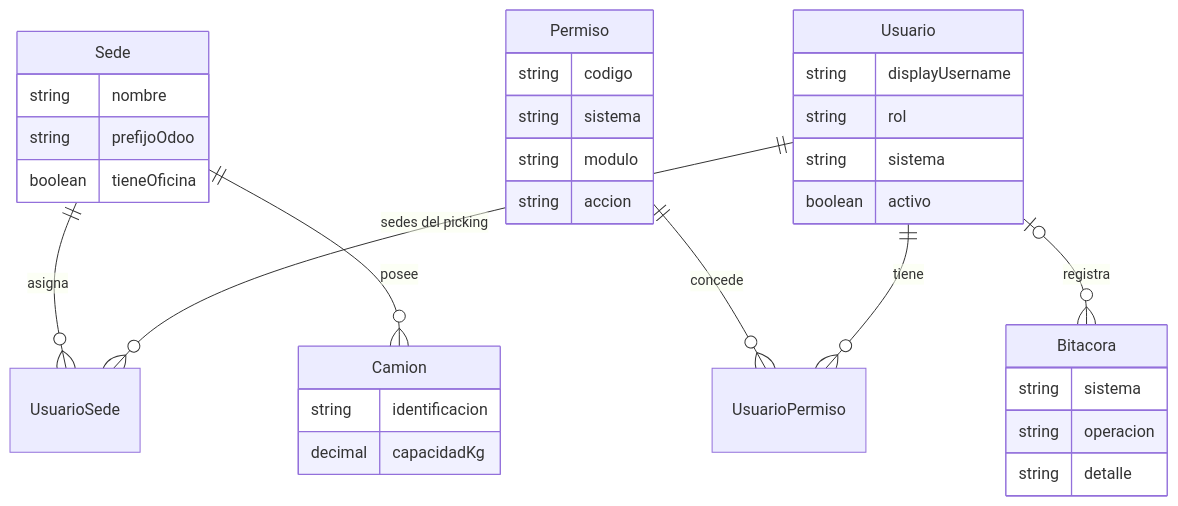
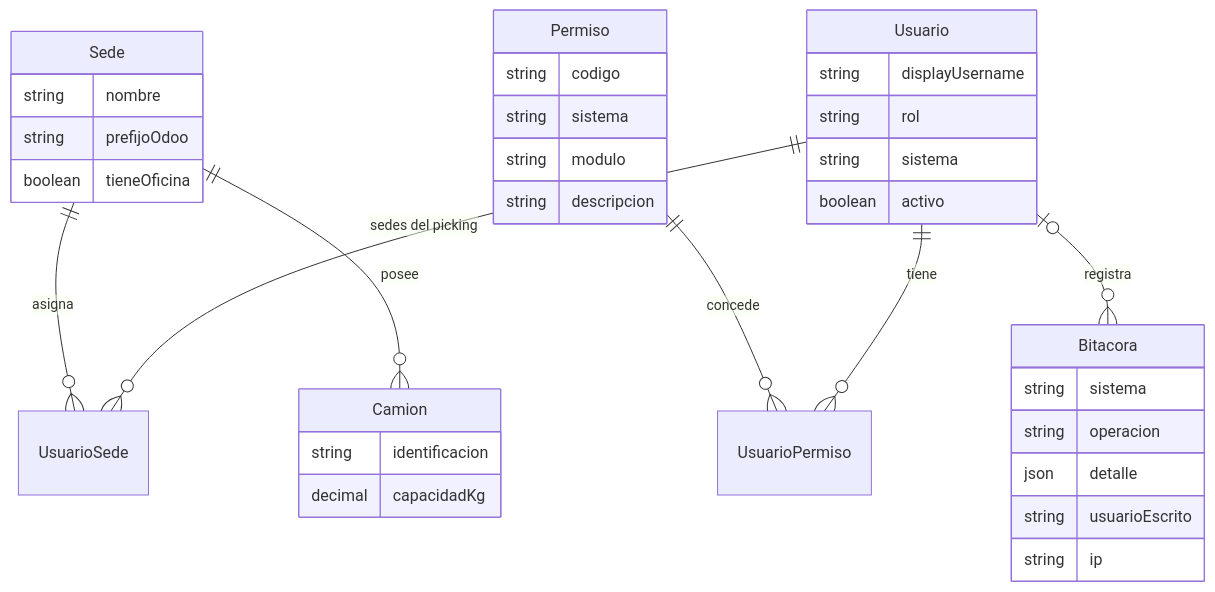
One commit to jordin-garcia/proyecto_incovsa changed the diagram in entregable-1/diagramas/figura-6-modelo-er-catalogos.mmd. Above: the diagram before and after it, drawn with Mermaid. The commit also changed 20 other files, not shown here.

```diff
--- a/entregable-1/diagramas/figura-6-modelo-er-catalogos.mmd
+++ b/entregable-1/diagramas/figura-6-modelo-er-catalogos.mmd
@@ -1,37 +1,39 @@
 %% Acceso y camiones. Nombres de prisma/schema.prisma.
 %% Sin rol como entidad, sin sector, sin cliente, sin catálogo de productos
 %% y sin existencia, traslado ni movimiento de inventario (specs/14, RN-40).
 erDiagram
     Sede ||--o{ UsuarioSede : asigna
     Usuario ||--o{ UsuarioSede : "sedes del picking"
     Permiso ||--o{ UsuarioPermiso : concede
     Usuario ||--o{ UsuarioPermiso : tiene
     Sede ||--o{ Camion : posee
     Usuario |o--o{ Bitacora : registra
 
     Sede {
         string nombre
         string prefijoOdoo
         boolean tieneOficina
     }
     Usuario {
         string displayUsername
         string rol
         string sistema
         boolean activo
     }
     Permiso {
         string codigo
         string sistema
         string modulo
-        string accion
+        string descripcion
     }
     Camion {
         string identificacion
         decimal capacidadKg
     }
     Bitacora {
         string sistema
         string operacion
-        string detalle
+        json detalle
+        string usuarioEscrito
+        string ip
     }
```
